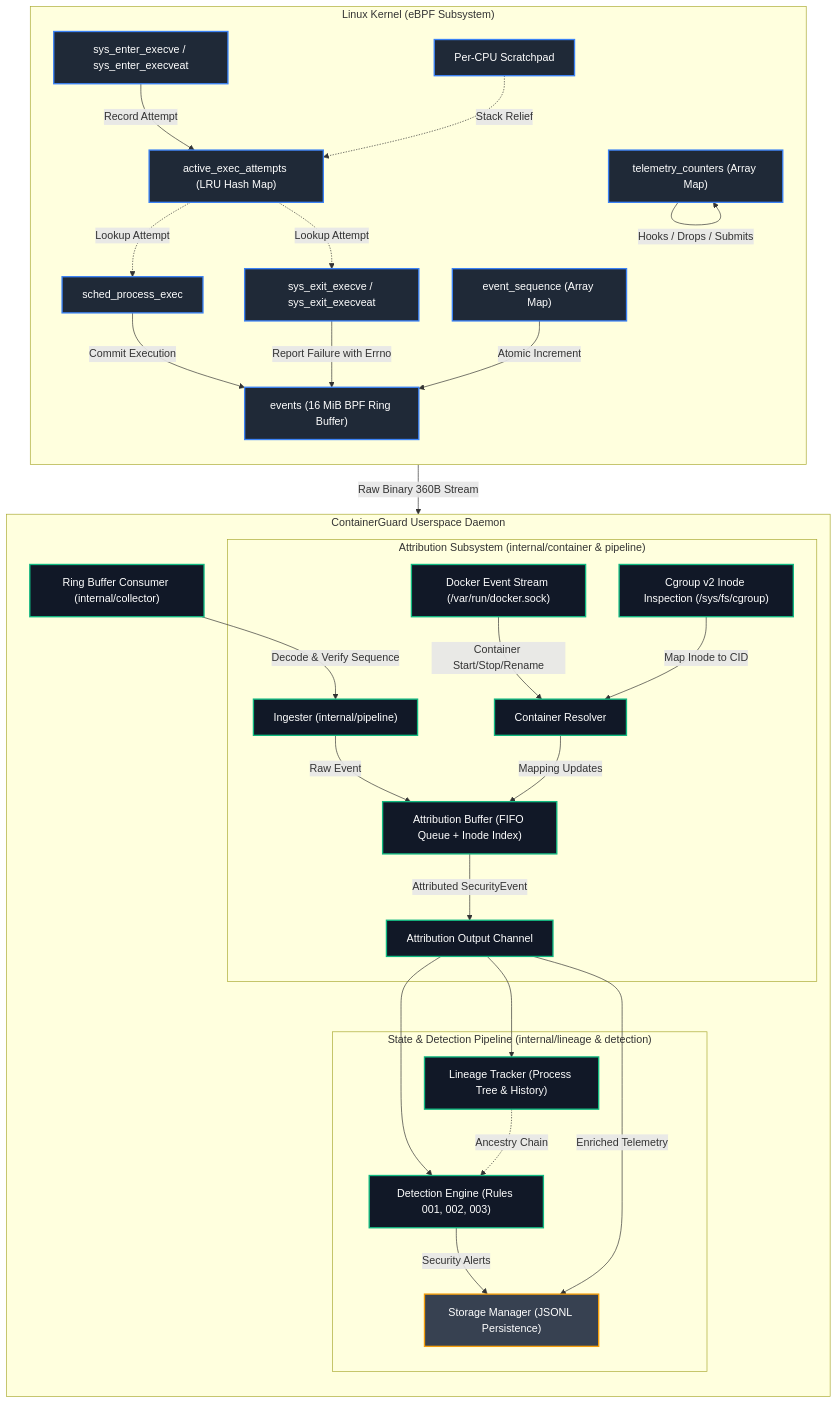
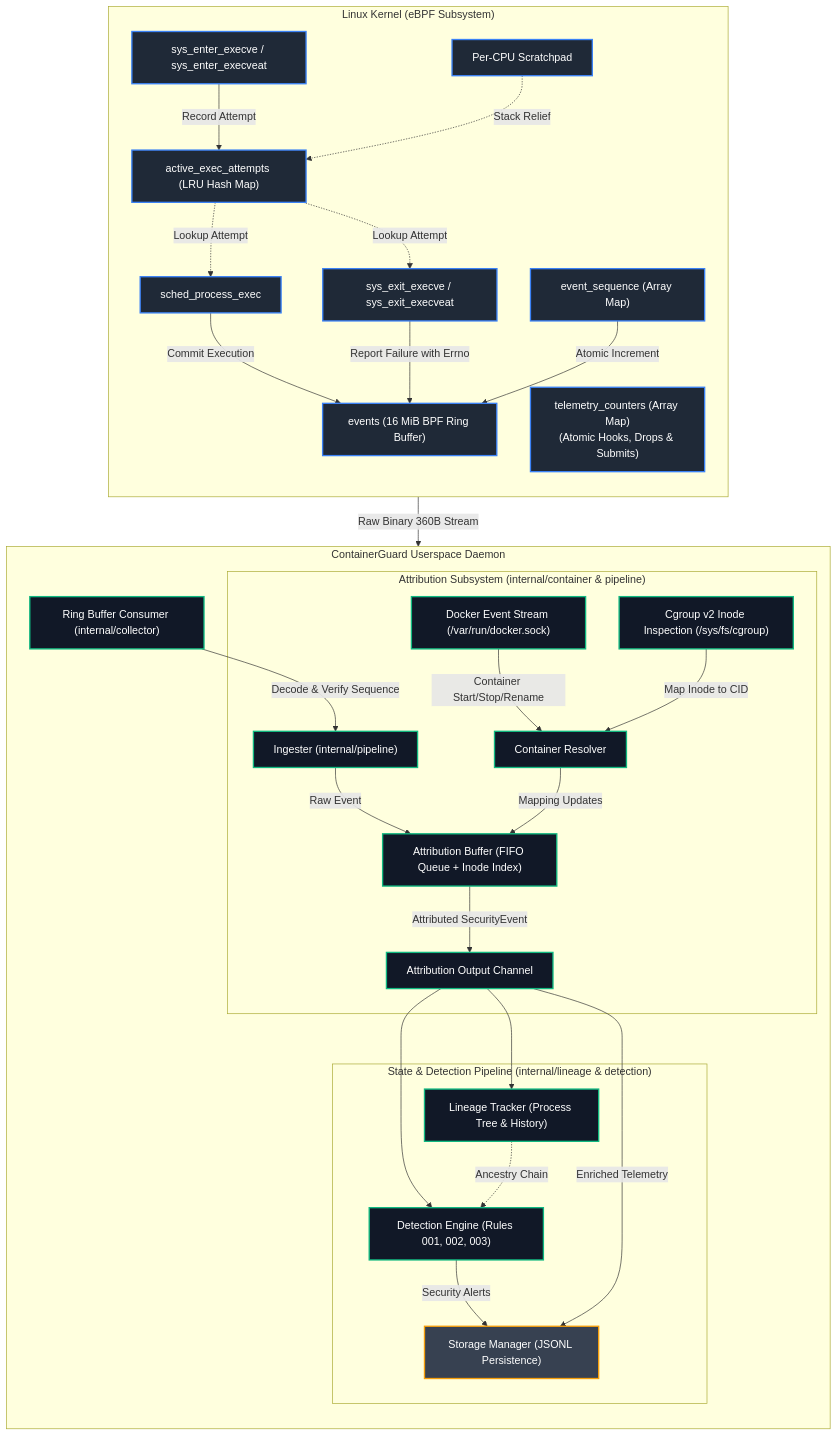
Before and after one commit to ramKarthik57/containerguard: the second of 7 diagrams in README.md, drawn with Mermaid. The commit also changed other lines of this file and 2 other files, not shown here.

Commit message:
docs(audit): fix README mermaid diagrams, fail-closed cgroup creation, and lifecycle cleanup tracking

````diff
--- a/README.md
+++ b/README.md
@@ -129,45 +129,45 @@
 ```mermaid
 flowchart TD
     subgraph KernelSpace ["Linux Kernel (eBPF Subsystem)"]
         direction TB
         E1["sys_enter_execve / sys_enter_execveat"] -->|Record Attempt| AT["active_exec_attempts (LRU Hash Map)"]
         SP["sched_process_exec"] -->|Commit Execution| RB["events (16 MiB BPF Ring Buffer)"]
         EX["sys_exit_execve / sys_exit_execveat"] -->|Report Failure with Errno| RB
         
         AT -.->|Lookup Attempt| SP
         AT -.->|Lookup Attempt| EX
         
         SC["Per-CPU Scratchpad"] -.->|Stack Relief| AT
         SEQ["event_sequence (Array Map)"] -->|Atomic Increment| RB
-        TC["telemetry_counters (Array Map)"] -->|Hooks / Drops / Submits| TC
+        TC["telemetry_counters (Array Map)<br/>(Atomic Hooks, Drops & Submits)"]
     end
 
     subgraph UserSpacePipeline ["ContainerGuard Userspace Daemon"]
         direction TB
         RB -->|Raw Binary 360B Stream| CR["Ring Buffer Consumer (internal/collector)"]
         CR -->|Decode & Verify Sequence| ING["Ingester (internal/pipeline)"]
         
         subgraph AttributionEngine ["Attribution Subsystem (internal/container & pipeline)"]
             ING -->|Raw Event| AB["Attribution Buffer (FIFO Queue + Inode Index)"]
             DR["Docker Event Stream (/var/run/docker.sock)"] -->|Container Start/Stop/Rename| CRZ["Container Resolver"]
             CG["Cgroup v2 Inode Inspection (/sys/fs/cgroup)"] -->|Map Inode to CID| CRZ
             CRZ -->|Mapping Updates| AB
             AB -->|Attributed SecurityEvent| OUT["Attribution Output Channel"]
         end
 
         subgraph AnalysisEngine ["State & Detection Pipeline (internal/lineage & detection)"]
             OUT --> LT["Lineage Tracker (Process Tree & History)"]
             OUT --> DE["Detection Engine (Rules 001, 002, 003)"]
             LT -.->|Ancestry Chain| DE
             DE -->|Security Alerts| ST["Storage Manager (JSONL Persistence)"]
             OUT -->|Enriched Telemetry| ST
         end
     end
 
     classDef kernel fill:#1f2937,stroke:#3b82f6,stroke-width:2px,color:#fff;
     classDef userspace fill:#111827,stroke:#10b981,stroke-width:2px,color:#fff;
     classDef storage fill:#374151,stroke:#f59e0b,stroke-width:2px,color:#fff;
     class E1,SP,EX,AT,RB,SC,SEQ,TC kernel;
     class CR,ING,AB,DR,CG,CRZ,OUT,LT,DE userspace;
     class ST storage;
 ```
````
